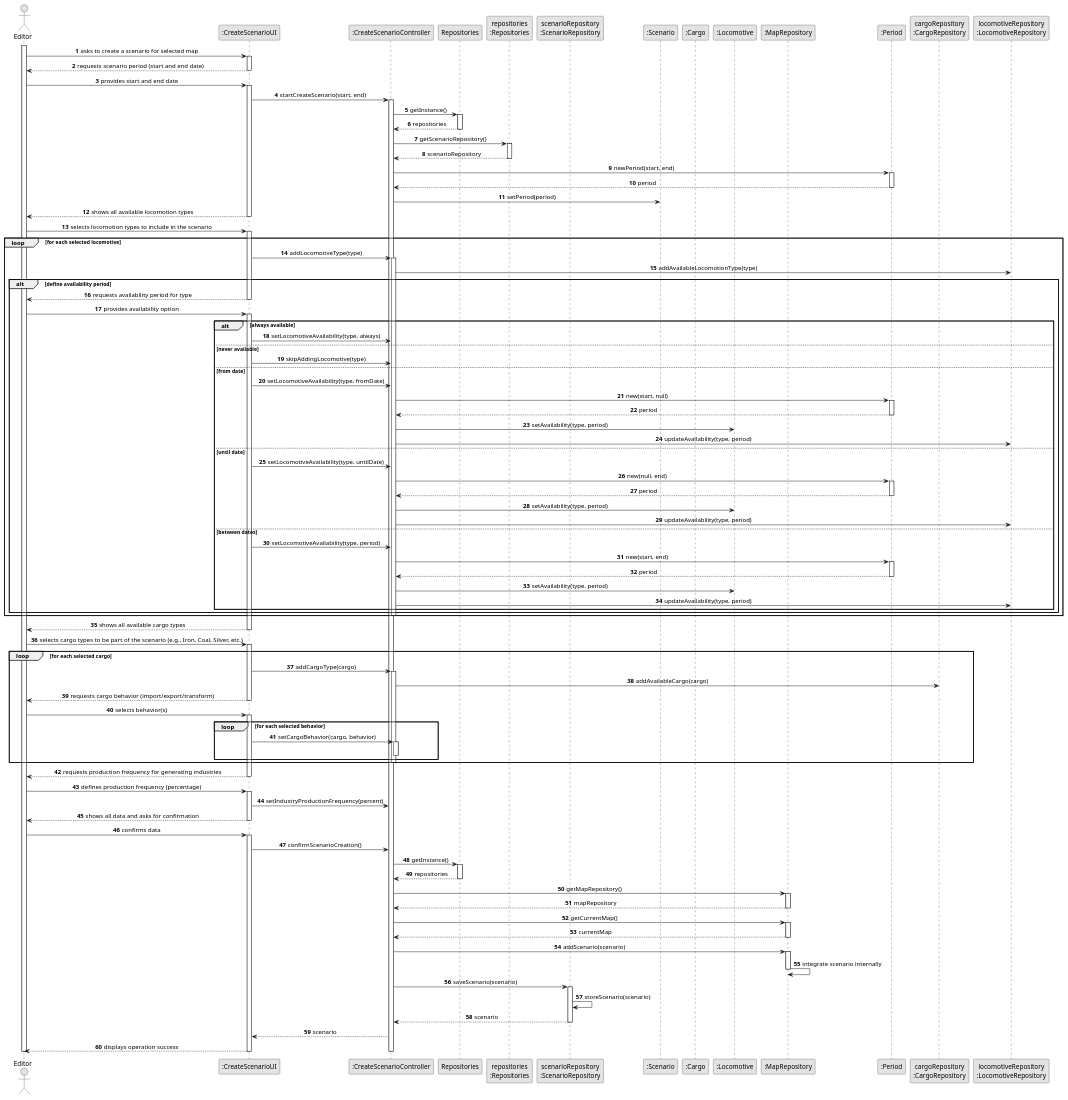
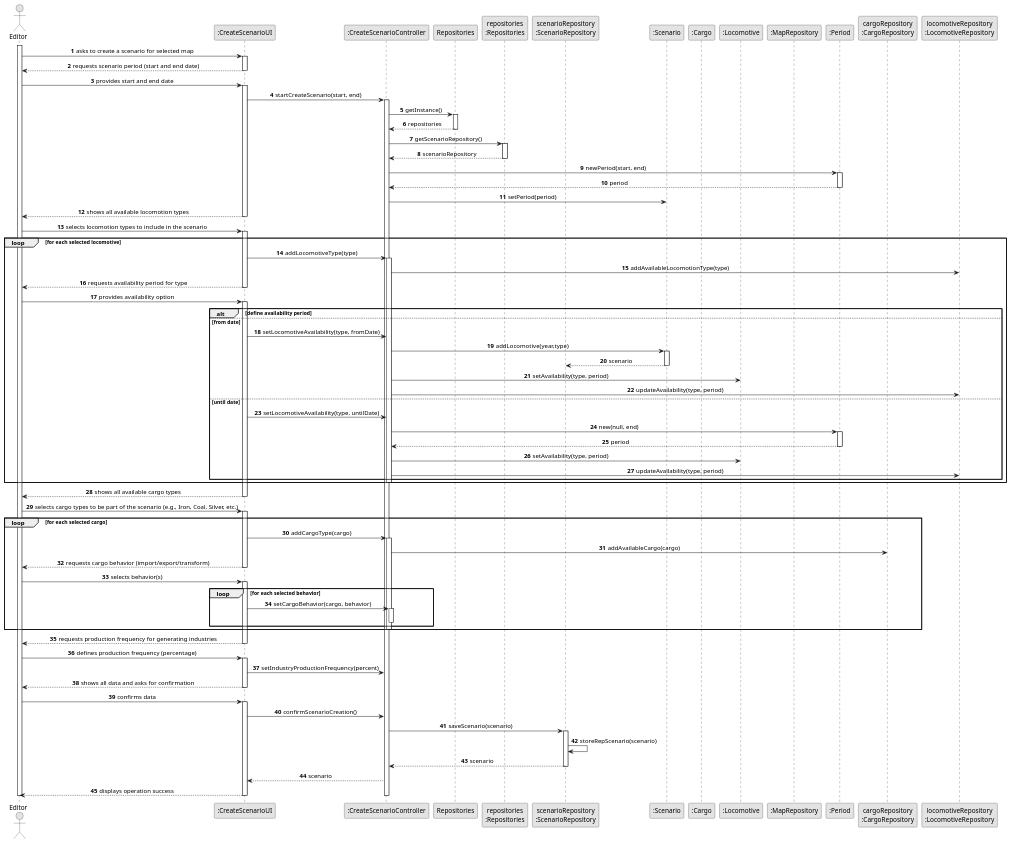
Before and after one commit to 1240826/empire-on-tracks: the diagram in docs/system-documentation/US004/03.design/puml/US004-SD-full.puml, drawn with PlantUML. The commit also changed 23 other files, not shown here.

```diff
--- a/docs/system-documentation/US004/03.design/puml/US004-SD-full.puml
+++ b/docs/system-documentation/US004/03.design/puml/US004-SD-full.puml
@@ -1,181 +1,146 @@
 @startuml
 skinparam monochrome true
 skinparam packageStyle rectangle
 skinparam shadowing false
 skinparam sequenceMessageAlign center
 
 autonumber
 
 actor "Editor" as Editor
 participant ":CreateScenarioUI" as UI
 participant ":CreateScenarioController" as Controller
 participant "Repositories" as REPOS
 participant "repositories\n:Repositories" as REPOS_SINGLETON
 participant "scenarioRepository\n:ScenarioRepository" as SCENARIO_REPO
 participant ":Scenario" as Scenario
 participant ":Cargo" as Cargo
 participant ":Locomotive" as Locomotive
 participant ":MapRepository" as MapRepo
 participant ":Period" as Period
 participant "cargoRepository\n:CargoRepository" as CargoRepo
 participant "locomotiveRepository\n:LocomotiveRepository" as LocoRepo
 
 activate Editor
 
 Editor -> UI : asks to create a scenario for selected map
 activate UI
 UI --> Editor : requests scenario period (start and end date)
 deactivate UI
 
 Editor -> UI: provides start and end date
 activate UI
 UI -> Controller : startCreateScenario(start, end)
 activate Controller
 
 Controller -> REPOS : getInstance()
 activate REPOS
 REPOS --> Controller : repositories
 deactivate REPOS
 
 
 Controller -> REPOS_SINGLETON : getScenarioRepository()
 activate REPOS_SINGLETON
 REPOS_SINGLETON --> Controller : scenarioRepository
 deactivate REPOS_SINGLETON
 
 Controller -> Period : newPeriod(start, end)
 activate Period
 Period --> Controller : period
 deactivate Period
 Controller -> Scenario : setPeriod(period)
 deactivate REPOS_SINGLETON
 
 UI --> Editor : shows all available locomotion types
 deactivate UI
 
 Editor -> UI : selects locomotion types to include in the scenario
 activate UI
 
 loop for each selected locomotive
     UI -> Controller : addLocomotiveType(type)
     activate Controller
     Controller -> LocoRepo : addAvailableLocomotionType(type)
 
-    alt define availability period
+
         UI --> Editor : requests availability period for type
         deactivate UI
         Editor -> UI : provides availability option
         activate UI
 
-        alt always available
-            UI -> Controller : setLocomotiveAvailability(type, always)
-
-        else never available
-            UI -> Controller : skipAddingLocomotive(type)
-
+        alt define availability period
         else from date
             UI -> Controller : setLocomotiveAvailability(type, fromDate)
-            Controller -> Period : new(start, null)
-            activate Period
-            Period --> Controller : period
-            deactivate Period
+            Controller -> Scenario : addLocomotive(year,type)
+            activate Scenario
+            Scenario --> SCENARIO_REPO: scenario
+            deactivate
             Controller -> Locomotive : setAvailability(type, period)
             Controller -> LocoRepo : updateAvailability(type, period)
             deactivate Period
 
         else until date
             UI -> Controller : setLocomotiveAvailability(type, untilDate)
             Controller -> Period : new(null, end)
             activate Period
             Period --> Controller : period
             deactivate Period
             Controller -> Locomotive : setAvailability(type, period)
             Controller -> LocoRepo : updateAvailability(type, period)
             deactivate Period
-
-        else between dates
-            UI -> Controller : setLocomotiveAvailability(type, period)
-            Controller -> Period : new(start, end)
-            activate Period
-            Period --> Controller : period
-            deactivate Period
-            Controller -> Locomotive : setAvailability(type, period)
-            Controller -> LocoRepo : updateAvailability(type, period)
-            deactivate Period
-        end
     end
     deactivate Controller
 end
 
 UI --> Editor : shows all available cargo types
 deactivate UI
 
 Editor -> UI : selects cargo types to be part of the scenario (e.g., Iron, Coal, Silver, etc.)
 activate UI
 
 loop for each selected cargo
     UI -> Controller : addCargoType(cargo)
     activate Controller
     Controller -> CargoRepo : addAvailableCargo(cargo)
 
     UI --> Editor : requests cargo behavior (import/export/transform)
     deactivate UI
     Editor -> UI : selects behavior(s)
     activate UI
 
     loop for each selected behavior
         UI -> Controller : setCargoBehavior(cargo, behavior)
         activate Controller
         deactivate Controller
     end
     deactivate Controller
 end
 
 UI --> Editor : requests production frequency for generating industries
 deactivate UI
 Editor -> UI : defines production frequency (percentage)
 activate UI
 UI -> Controller : setIndustryProductionFrequency(percent)
 
 UI --> Editor : shows all data and asks for confirmation
 deactivate UI
 Editor -> UI : confirms data
 activate UI
 UI -> Controller : confirmScenarioCreation()
 
-Controller -> REPOS : getInstance()
-activate REPOS
-REPOS --> Controller : repositories
-deactivate REPOS
-
-
-Controller -> MapRepo : getMapRepository()
-activate MapRepo
-MapRepo --> Controller : mapRepository
-deactivate MapRepo
-
-Controller -> MapRepo : getCurrentMap()
-activate MapRepo
-MapRepo --> Controller : currentMap
-deactivate MapRepo
-Controller -> MapRepo : addScenario(scenario)
-activate MapRepo
-MapRepo -> MapRepo : integrate scenario internally
-deactivate MapRepo
 
 Controller -> SCENARIO_REPO : saveScenario(scenario)
 activate SCENARIO_REPO
-SCENARIO_REPO -> SCENARIO_REPO : storeScenario(scenario)
+SCENARIO_REPO -> SCENARIO_REPO : storeRepScenario(scenario)
 SCENARIO_REPO --> Controller : scenario
 deactivate SCENARIO_REPO
 
 Controller --> UI : scenario
 UI --> Editor : displays operation success
 
 deactivate SCENARIO_REPO
 deactivate MapRepo
 deactivate REPOS
 deactivate Controller
 deactivate UI
 deactivate Editor
 @enduml
```
